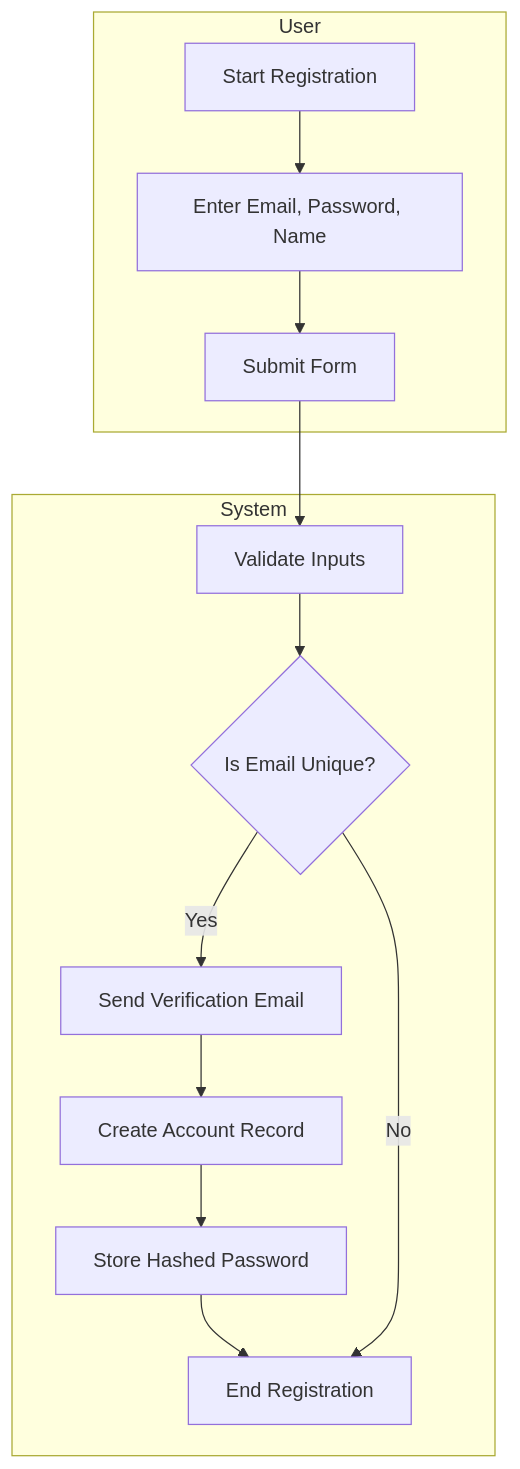
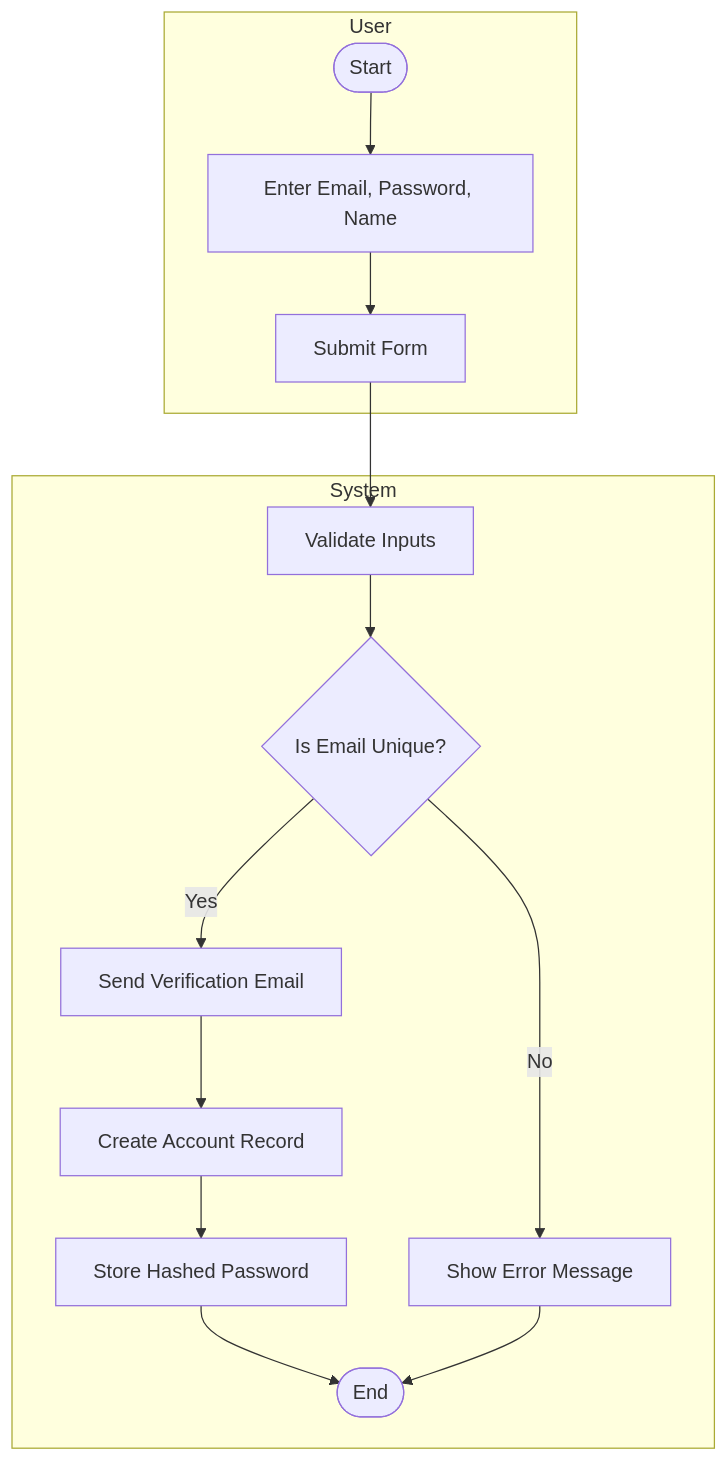
Before and after one commit to Wareezy/Budget_Tracker: the first of 8 diagrams in Assignment_8/ACTIVITY_DIAGRAMS.md, drawn with Mermaid. The commit also changed other lines of this file, not shown here.

````diff
--- a/Assignment_8/ACTIVITY_DIAGRAMS.md
+++ b/Assignment_8/ACTIVITY_DIAGRAMS.md
@@ -6,24 +6,19 @@
 ```mermaid
 
 flowchart TD
-    %% Swimlanes
     subgraph User
-        A1[Start Registration]
-        A2[Enter Email, Password, Name]
-        A3[Submit Form]
+        A1([Start]) --> A2[Enter Email, Password, Name]
+        A2 --> A3[Submit Form]
     end
 
     subgraph System
-        B1[Validate Inputs]
-        B2{Is Email Unique?}
-        B3[Send Verification Email]
-        B4[Create Account Record]
-        B5[Store Hashed Password]
-        B6[End Registration]
+        B1[Validate Inputs] --> B2{Is Email Unique?}
+        B2 -- Yes --> B3[Send Verification Email] --> B4[Create Account Record] --> B5[Store Hashed Password]
+        B2 -- No --> B6[Show Error Message]
+        B5 --> B7([End])
+        B6 --> B7
     end
 
-    A1 --> A2 --> A3 --> B1 --> B2
-    B2 -- Yes --> B3 --> B4 --> B5 --> B6
-    B2 -- No --> B6
+    A3 --> B1
 
 ```
````
